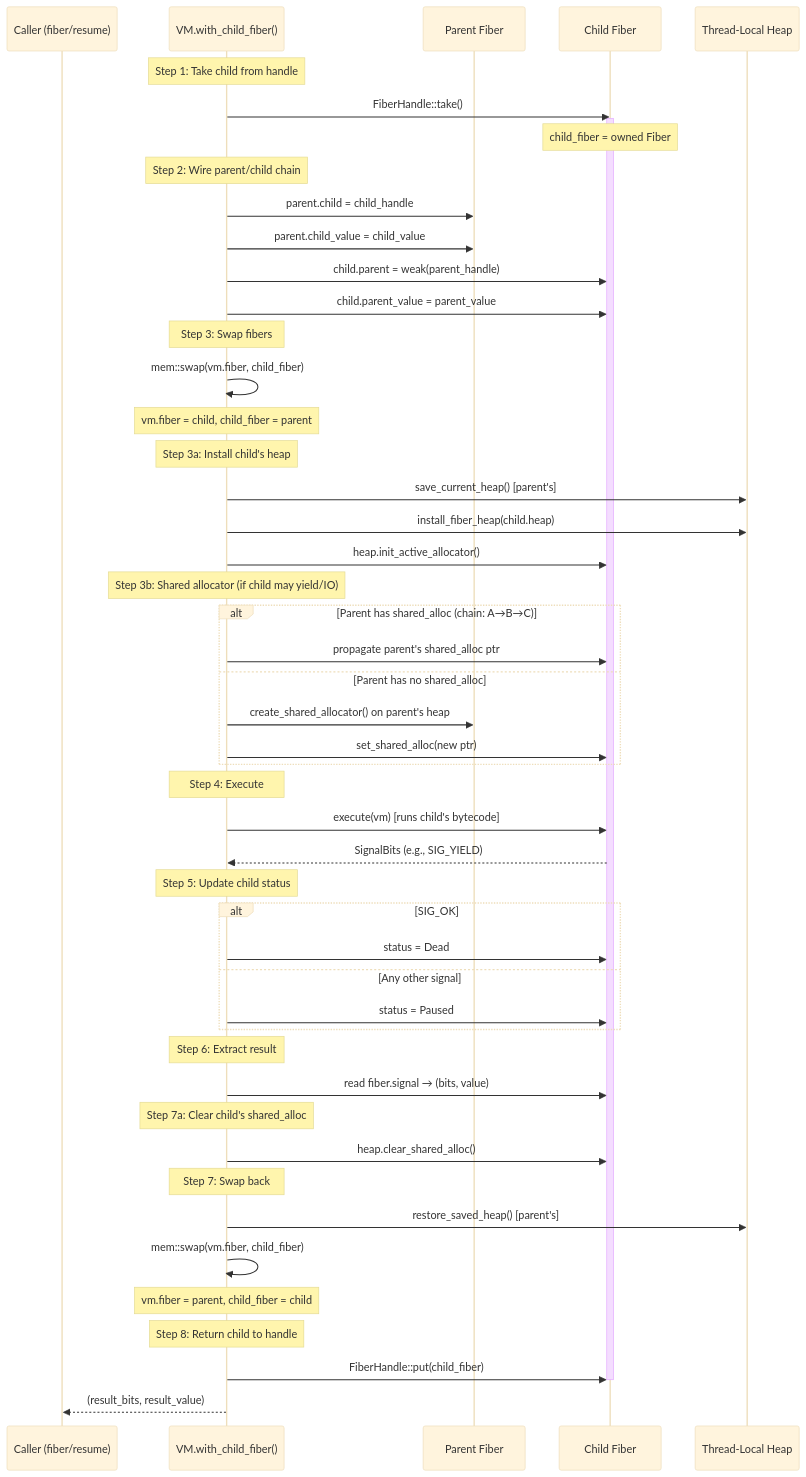
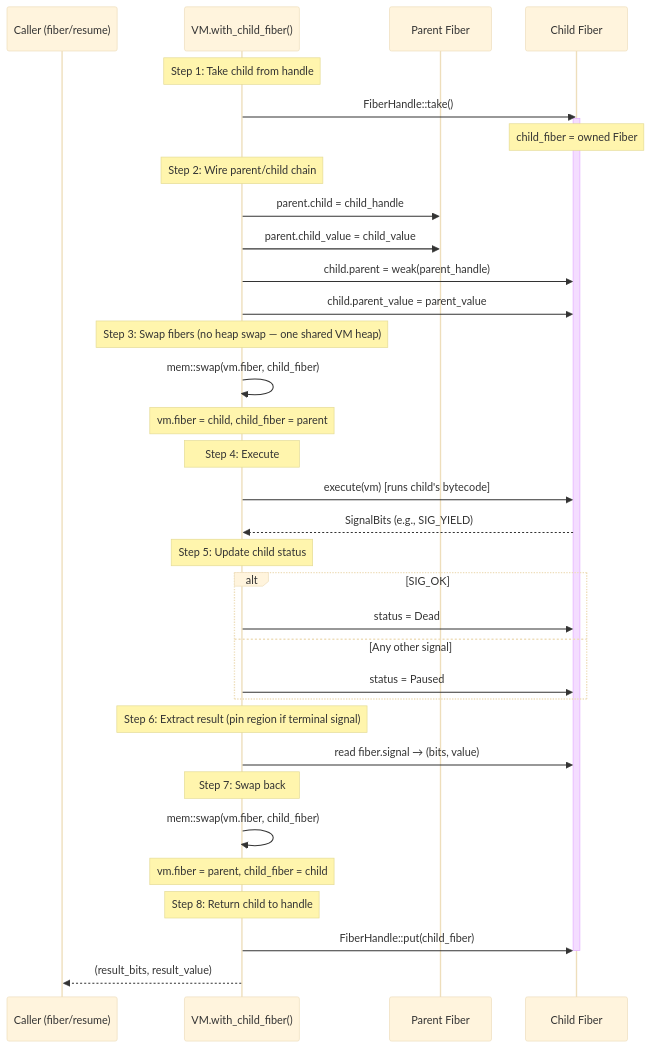
Before and after one commit to elle-lisp/elle: the diagram in docs/signals/primitives.md, drawn with Mermaid (base theme). The commit also changed other lines of this file and 1856 other files, not shown here.

````diff
--- a/docs/signals/primitives.md
+++ b/docs/signals/primitives.md
@@ -154,64 +188,46 @@
 ```mermaid
 sequenceDiagram
     participant Caller as Caller (fiber/resume)
     participant VM as VM.with_child_fiber()
     participant Parent as Parent Fiber
     participant Child as Child Fiber
-    participant Heap as Thread-Local Heap
 
     Note over VM: Step 1: Take child from handle
     VM->>Child: FiberHandle::take()
     activate Child
     Note over Child: child_fiber = owned Fiber
 
     Note over VM: Step 2: Wire parent/child chain
     VM->>Parent: parent.child = child_handle
     VM->>Parent: parent.child_value = child_value
     VM->>Child: child.parent = weak(parent_handle)
     VM->>Child: child.parent_value = parent_value
 
-    Note over VM: Step 3: Swap fibers
+    Note over VM: Step 3: Swap fibers (no heap swap — one shared VM heap)
     VM->>VM: mem::swap(vm.fiber, child_fiber)
     Note over VM: vm.fiber = child, child_fiber = parent
-
-    Note over VM: Step 3a: Install child's heap
-    VM->>Heap: save_current_heap() [parent's]
-    VM->>Heap: install_fiber_heap(child.heap)
-    VM->>Child: heap.init_active_allocator()
-
-    Note over VM: Step 3b: Shared allocator (if child may yield/IO)
-    alt Parent has shared_alloc (chain: A→B→C)
-        VM->>Child: propagate parent's shared_alloc ptr
-    else Parent has no shared_alloc
-        VM->>Parent: create_shared_allocator() on parent's heap
-        VM->>Child: set_shared_alloc(new ptr)
-    end
 
     Note over VM: Step 4: Execute
     VM->>Child: execute(vm) [runs child's bytecode]
     Child-->>VM: SignalBits (e.g., SIG_YIELD)
 
     Note over VM: Step 5: Update child status
     alt SIG_OK
         VM->>Child: status = Dead
     else Any other signal
         VM->>Child: status = Paused
     end
 
-    Note over VM: Step 6: Extract result
+    Note over VM: Step 6: Extract result (pin region if terminal signal)
     VM->>Child: read fiber.signal → (bits, value)
 
-    Note over VM: Step 7a: Clear child's shared_alloc
-    VM->>Child: heap.clear_shared_alloc()
-
     Note over VM: Step 7: Swap back
-    VM->>Heap: restore_saved_heap() [parent's]
     VM->>VM: mem::swap(vm.fiber, child_fiber)
     Note over VM: vm.fiber = parent, child_fiber = child
 
     Note over VM: Step 8: Return child to handle
     VM->>Child: FiberHandle::put(child_fiber)
     deactivate Child
 
     VM-->>Caller: (result_bits, result_value)
 ```
````
